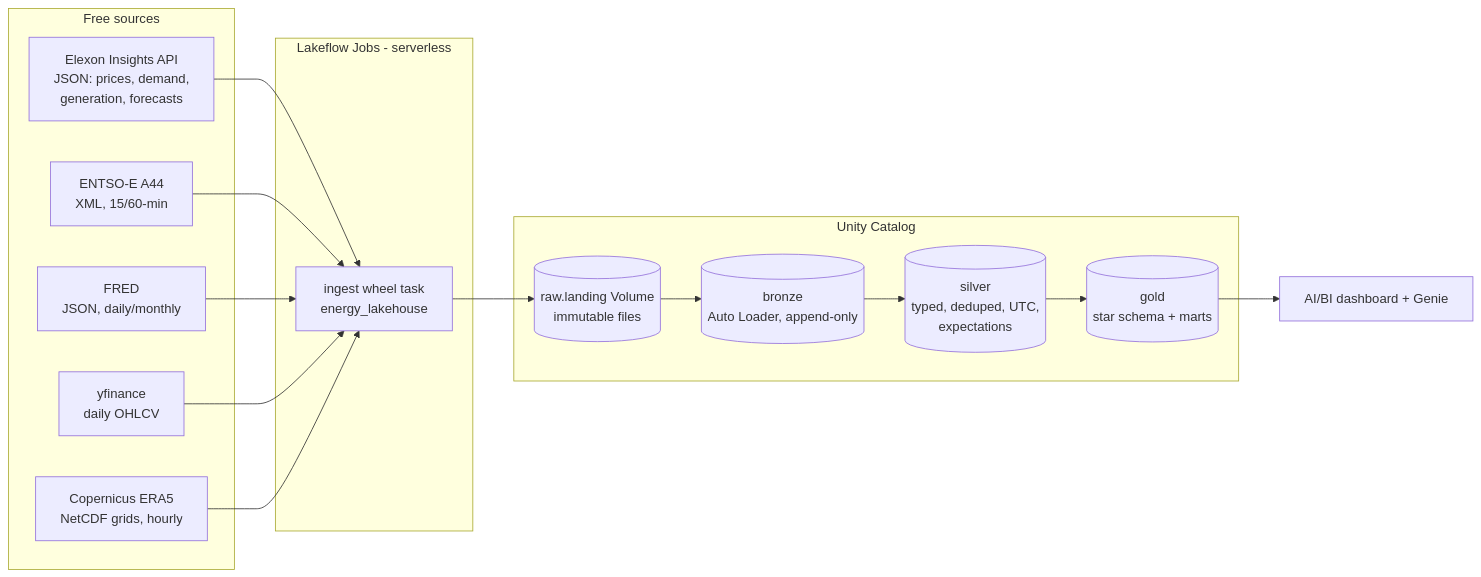
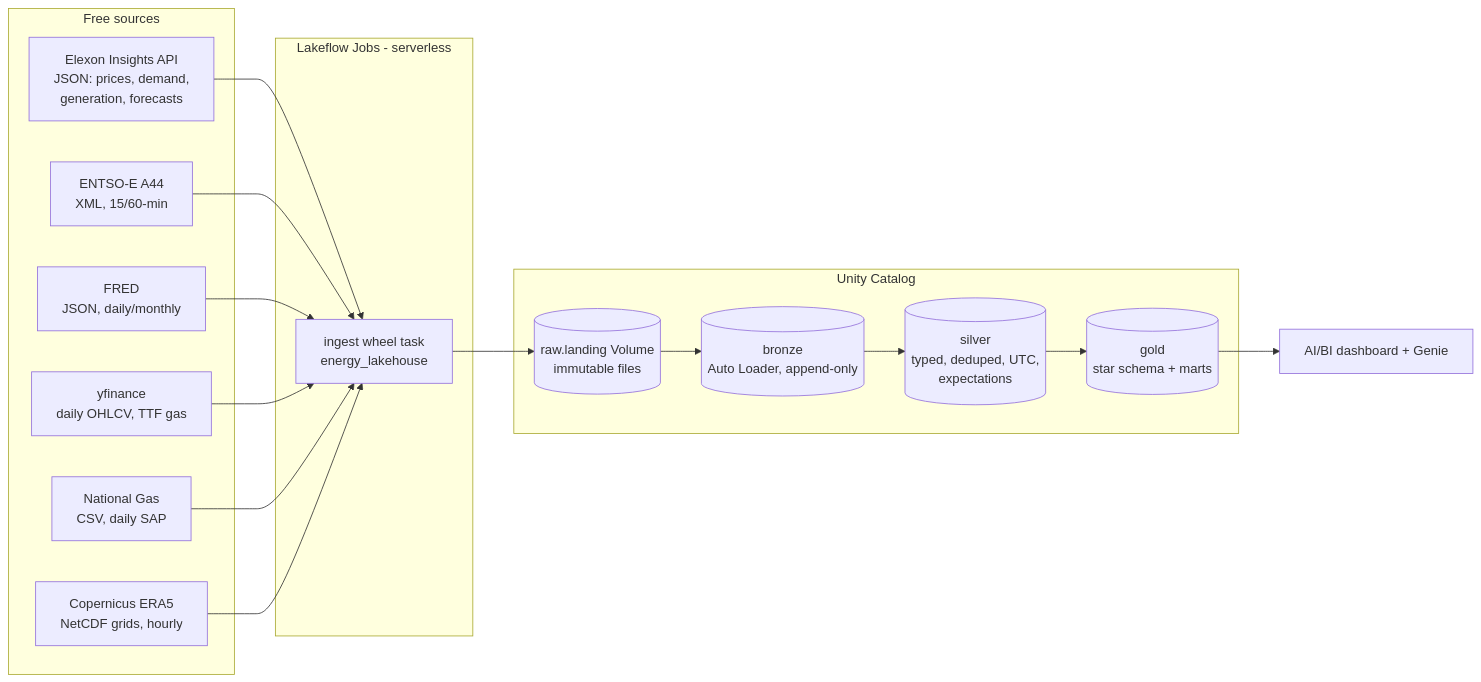
The diagram in README.md (CodeWithBureh/energy-markets-lakehouse), drawn with Mermaid before and after one commit. The commit also changed other lines of this file and 8 other files, not shown here.

First line of the commit message:
Daily gas prices: GB SAP (National Gas) and TTF (yfinance)

````diff
--- a/README.md
+++ b/README.md
@@ -11,21 +11,22 @@
 ```mermaid
 flowchart LR
   subgraph Sources[Free sources]
     E[Elexon Insights API<br/>JSON: prices, demand,<br/>generation, forecasts]
     X[ENTSO-E A44<br/>XML, 15/60-min]
     F[FRED<br/>JSON, daily/monthly]
-    S[yfinance<br/>daily OHLCV]
+    S[yfinance<br/>daily OHLCV, TTF gas]
+    NG[National Gas<br/>CSV, daily SAP]
     W[Copernicus ERA5<br/>NetCDF grids, hourly]
   end
   subgraph Jobs[Lakeflow Jobs - serverless]
     I[ingest wheel task<br/>energy_lakehouse]
   end
   subgraph UC[Unity Catalog]
     L[(raw.landing Volume<br/>immutable files)]
     B[(bronze<br/>Auto Loader, append-only)]
     SV[(silver<br/>typed, deduped, UTC,<br/>expectations)]
     G[(gold<br/>star schema + marts)]
   end
   D[AI/BI dashboard + Genie]
-  E & X & F & S & W --> I --> L --> B --> SV --> G --> D
+  E & X & F & S & NG & W --> I --> L --> B --> SV --> G --> D
 ```
````
